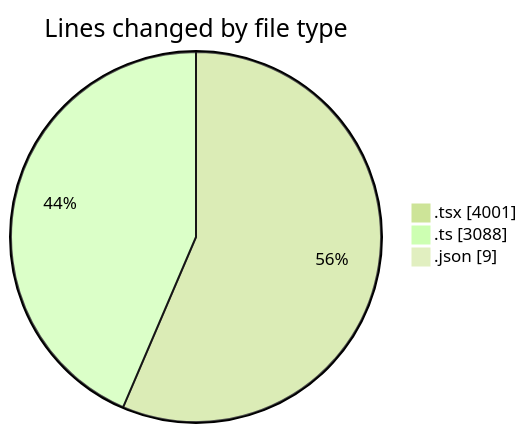
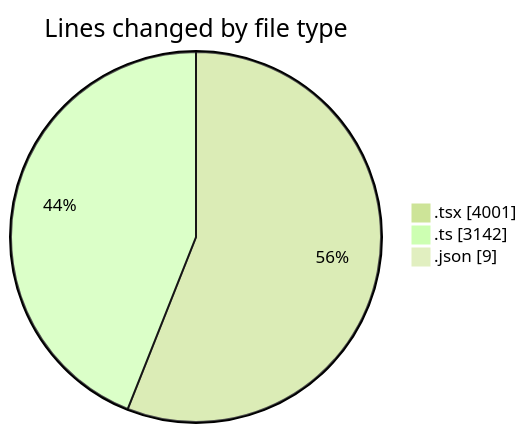
One commit to julien-gomy/code-tracking changed the first of 2 diagrams in 2025-10-15/eventscop-frontend-guide__workspace_/README.md. Above: the diagram before and after it, drawn with Mermaid (forest theme). The commit also changed other lines of this file and 1 other file, not shown here.

````diff
--- a/2025-10-15/eventscop-frontend-guide__workspace_/README.md
+++ b/2025-10-15/eventscop-frontend-guide__workspace_/README.md
@@ -51,7 +52,7 @@
 ```mermaid
 pie showData
 title Lines changed by file type
 ".tsx" : 4001
-".ts" : 3088
+".ts" : 3142
 ".json" : 9
 ```
````
